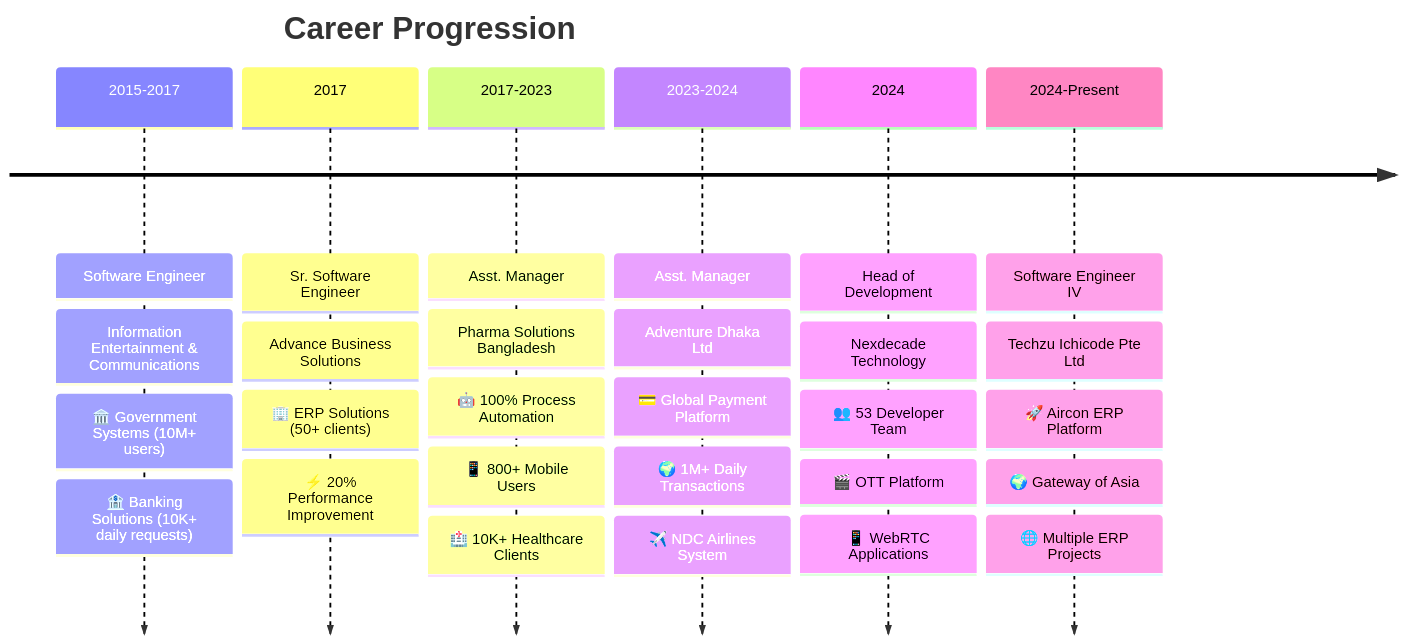
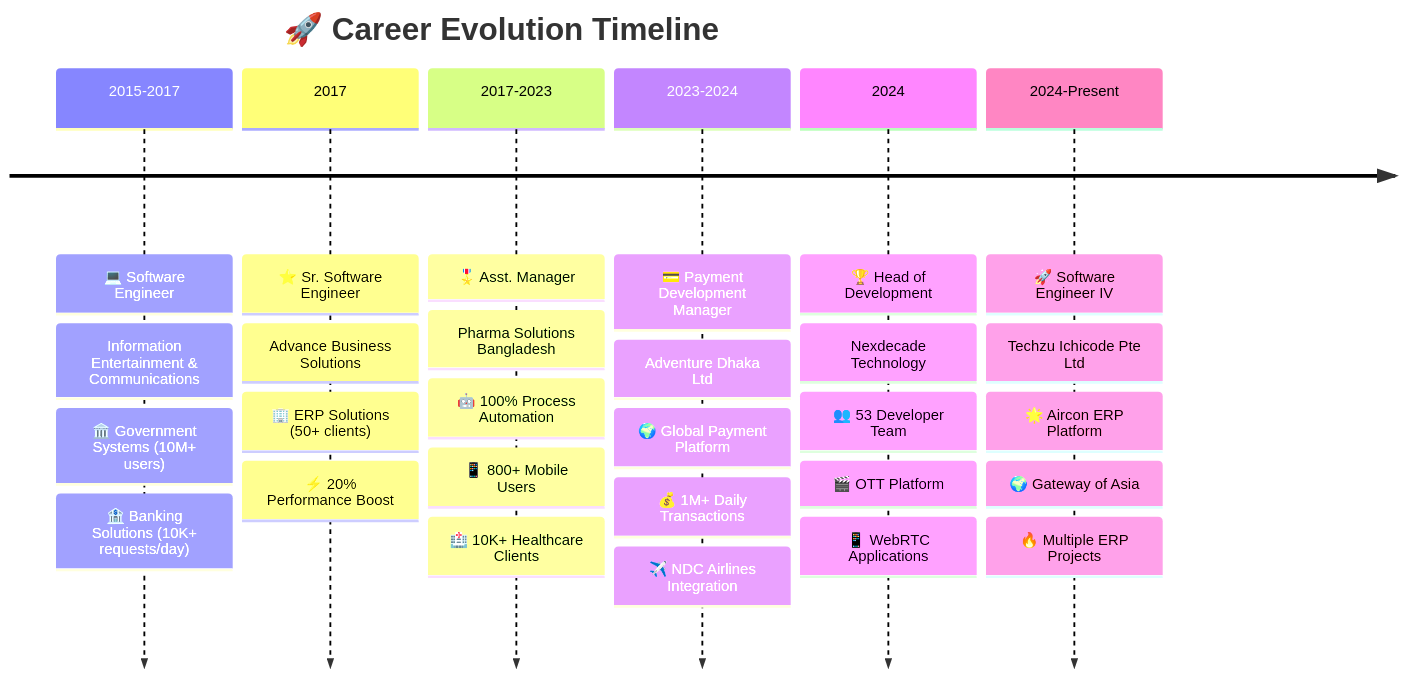
One commit to zawad1992/zawad1992 changed the first of 2 diagrams in README.md. Above: the diagram before and after it, drawn with Mermaid. The commit also changed other lines of this file, not shown here.

````diff
--- a/README.md
+++ b/README.md
@@ -83,38 +89,38 @@
 ```mermaid
 timeline
-    title Career Progression
+    title 🚀 Career Evolution Timeline
     
-    2015-2017 : Software Engineer
+    2015-2017 : 💻 Software Engineer
               : Information Entertainment & Communications
               : 🏛️ Government Systems (10M+ users)
-              : 🏦 Banking Solutions (10K+ daily requests)
+              : 🏦 Banking Solutions (10K+ requests/day)
     
-    2017 : Sr. Software Engineer
+    2017 : ⭐ Sr. Software Engineer
          : Advance Business Solutions
          : 🏢 ERP Solutions (50+ clients)
-         : ⚡ 20% Performance Improvement
+         : ⚡ 20% Performance Boost
     
-    2017-2023 : Asst. Manager
+    2017-2023 : 🎖️ Asst. Manager
               : Pharma Solutions Bangladesh
               : 🤖 100% Process Automation
               : 📱 800+ Mobile Users
               : 🏥 10K+ Healthcare Clients
     
-    2023-2024 : Asst. Manager
+    2023-2024 : 💳 Payment Development Manager
               : Adventure Dhaka Ltd
-              : 💳 Global Payment Platform
-              : 🌍 1M+ Daily Transactions
-              : ✈️ NDC Airlines System
+              : 🌍 Global Payment Platform
+              : 💰 1M+ Daily Transactions
+              : ✈️ NDC Airlines Integration
     
-    2024 : Head of Development
+    2024 : 🏆 Head of Development
          : Nexdecade Technology
          : 👥 53 Developer Team
          : 🎬 OTT Platform
          : 📱 WebRTC Applications
     
-    2024-Present : Software Engineer IV
+    2024-Present : 🚀 Software Engineer IV
                  : Techzu Ichicode Pte Ltd
-                 : 🚀 Aircon ERP Platform
+                 : 🌟 Aircon ERP Platform
                  : 🌍 Gateway of Asia
-                 : 🌐 Multiple ERP Projects
+                 : 🔥 Multiple ERP Projects
 ```
````
